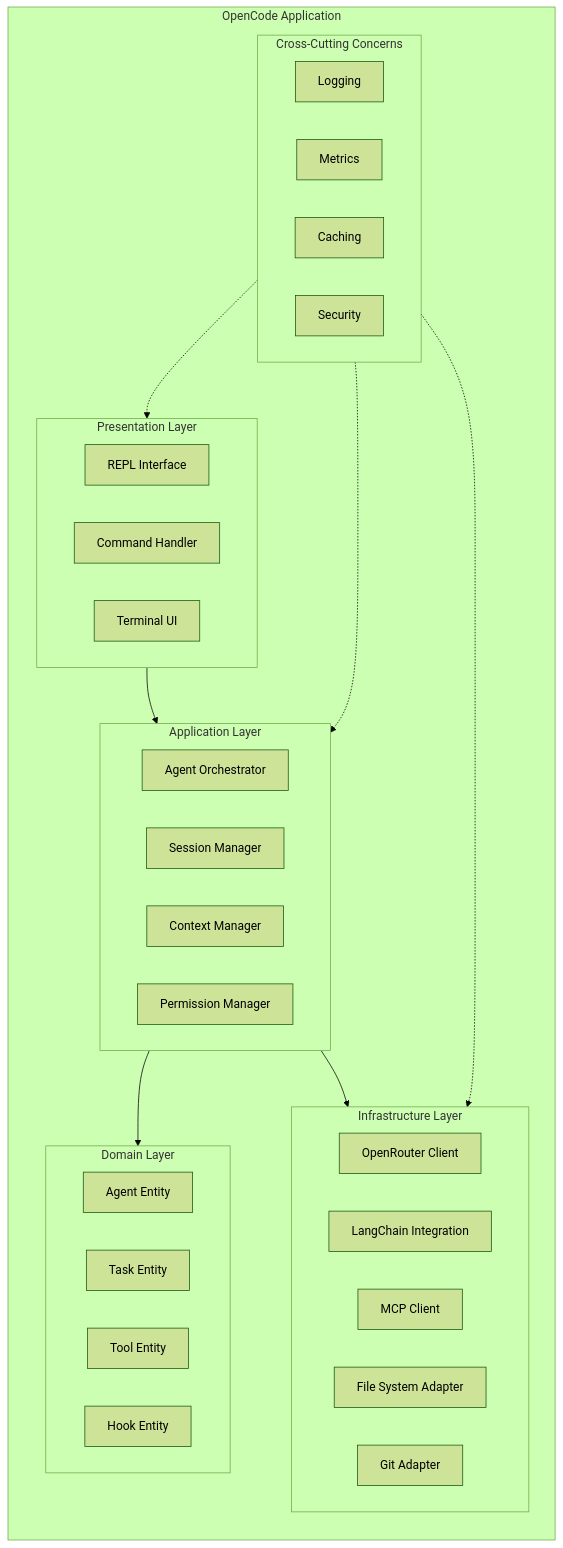
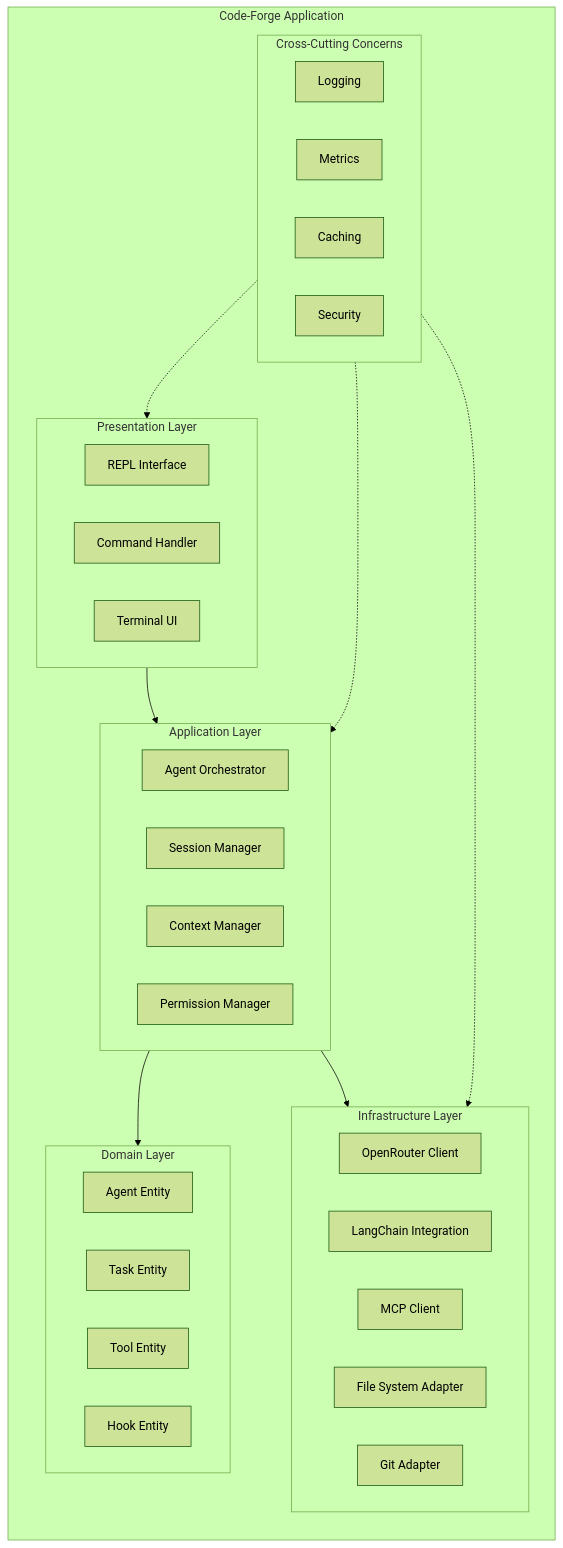
Before and after one commit to corey-rosamond/Code-Forge: the third of 38 diagrams in .ai/reference/UML.md, drawn with Mermaid (forest theme). The commit also changed other lines of this file and 505 other files, not shown here.

First line of the commit message:
Rename project from OpenCode to Code-Forge

````diff
--- a/.ai/reference/UML.md
+++ b/.ai/reference/UML.md
@@ -106,48 +106,48 @@
 ```mermaid
 flowchart TB
-    subgraph OpenCode["OpenCode Application"]
+    subgraph Code-Forge["Code-Forge Application"]
         direction TB
 
         subgraph Presentation["Presentation Layer"]
             REPL[REPL Interface]
             CMDS[Command Handler]
             UI[Terminal UI]
         end
 
         subgraph Application["Application Layer"]
             ORCH[Agent Orchestrator]
             SESS[Session Manager]
             CTX[Context Manager]
             PERM[Permission Manager]
         end
 
         subgraph Domain["Domain Layer"]
             AGENT[Agent Entity]
             TASK[Task Entity]
             TOOL[Tool Entity]
             HOOK[Hook Entity]
         end
 
         subgraph Infrastructure["Infrastructure Layer"]
             OR_CLIENT[OpenRouter Client]
             LC_INT[LangChain Integration]
             MCP_CLIENT[MCP Client]
             FS[File System Adapter]
             GIT[Git Adapter]
         end
 
         subgraph CrossCutting["Cross-Cutting Concerns"]
             LOG[Logging]
             METRICS[Metrics]
             CACHE[Caching]
             SEC[Security]
         end
     end
 
     Presentation --> Application
     Application --> Domain
     Application --> Infrastructure
     CrossCutting -.-> Presentation
     CrossCutting -.-> Application
     CrossCutting -.-> Infrastructure
 ```
````
